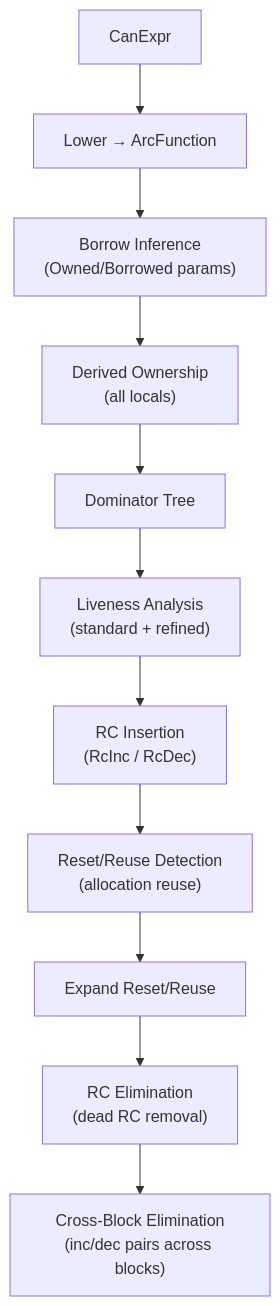
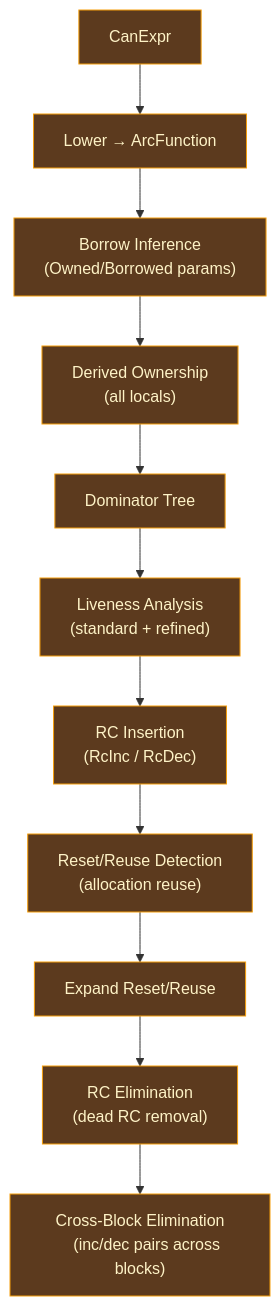
Before and after one commit to upstat-io/ori-lang: the second of 3 diagrams in docs/compiler/design/01-architecture/index.md, drawn with Mermaid. The commit also changed other lines of this file and 152 other files, not shown here.

````diff
--- a/docs/compiler/design/01-architecture/index.md
+++ b/docs/compiler/design/01-architecture/index.md
@@ -55,20 +139,24 @@
 ```mermaid
 flowchart TB
     A["CanExpr"] --> B["Lower → ArcFunction"]
     B --> C["Borrow Inference
-(Owned/Borrowed params)"]
+    (Owned/Borrowed params)"]
     C --> D["Derived Ownership
-(all locals)"]
+    (all locals)"]
     D --> E["Dominator Tree"]
     E --> F["Liveness Analysis
-(standard + refined)"]
+    (standard + refined)"]
     F --> G["RC Insertion
-(RcInc / RcDec)"]
+    (RcInc / RcDec)"]
     G --> H["Reset/Reuse Detection
-(allocation reuse)"]
+    (allocation reuse)"]
     H --> I["Expand Reset/Reuse"]
     I --> J["RC Elimination
-(dead RC removal)"]
+    (dead RC removal)"]
     J --> K["Cross-Block Elimination
-(inc/dec pairs across blocks)"]
+    (inc/dec pairs across blocks)"]
+
+    classDef native fill:#5c3a1e,stroke:#f59e0b,color:#fef3c7
+
+    class A,B,C,D,E,F,G,H,I,J,K native
 ```
````
